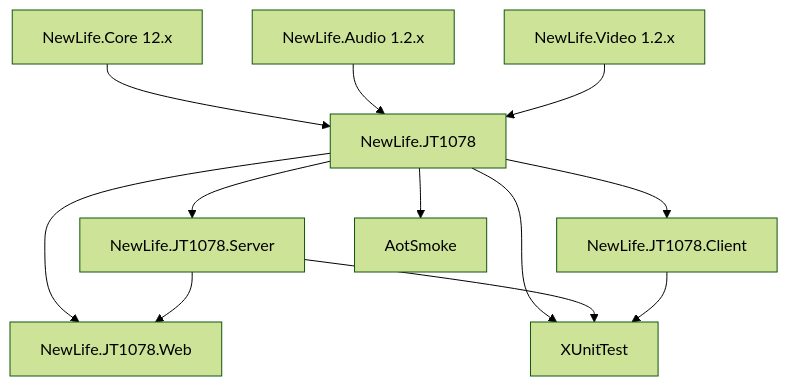
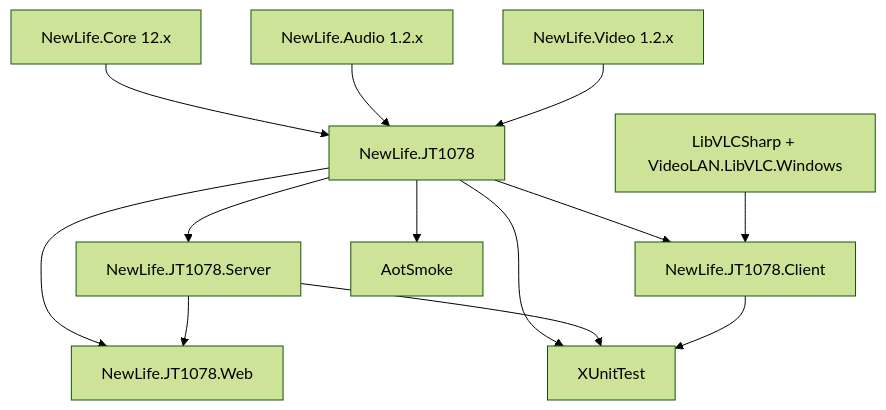
Before and after one commit to NewLifeX/NewLife.JT1078: the diagram in Doc/架构设计.md, drawn with Mermaid (forest theme). The commit also changed other lines of this file and 9 other files, not shown here.

First line of the commit message:
feat: M14-9 桌面客户端集成 LibVLC 视频播放

````diff
--- a/Doc/架构设计.md
+++ b/Doc/架构设计.md
@@ -385,14 +385,15 @@
 ```mermaid
 graph TD
     NC[NewLife.Core 12.x] --> JT[NewLife.JT1078]
     NA[NewLife.Audio 1.2.x] --> JT
     NV[NewLife.Video 1.2.x] --> JT
     JT --> SRV[NewLife.JT1078.Server]
     JT --> WEB[NewLife.JT1078.Web]
     JT --> CLI[NewLife.JT1078.Client]
     JT --> TEST[XUnitTest]
     JT --> AOT[AotSmoke]
     SRV --> WEB
     SRV --> TEST
     CLI --> TEST
+    VLC[LibVLCSharp + VideoLAN.LibVLC.Windows] --> CLI
 ```
````
